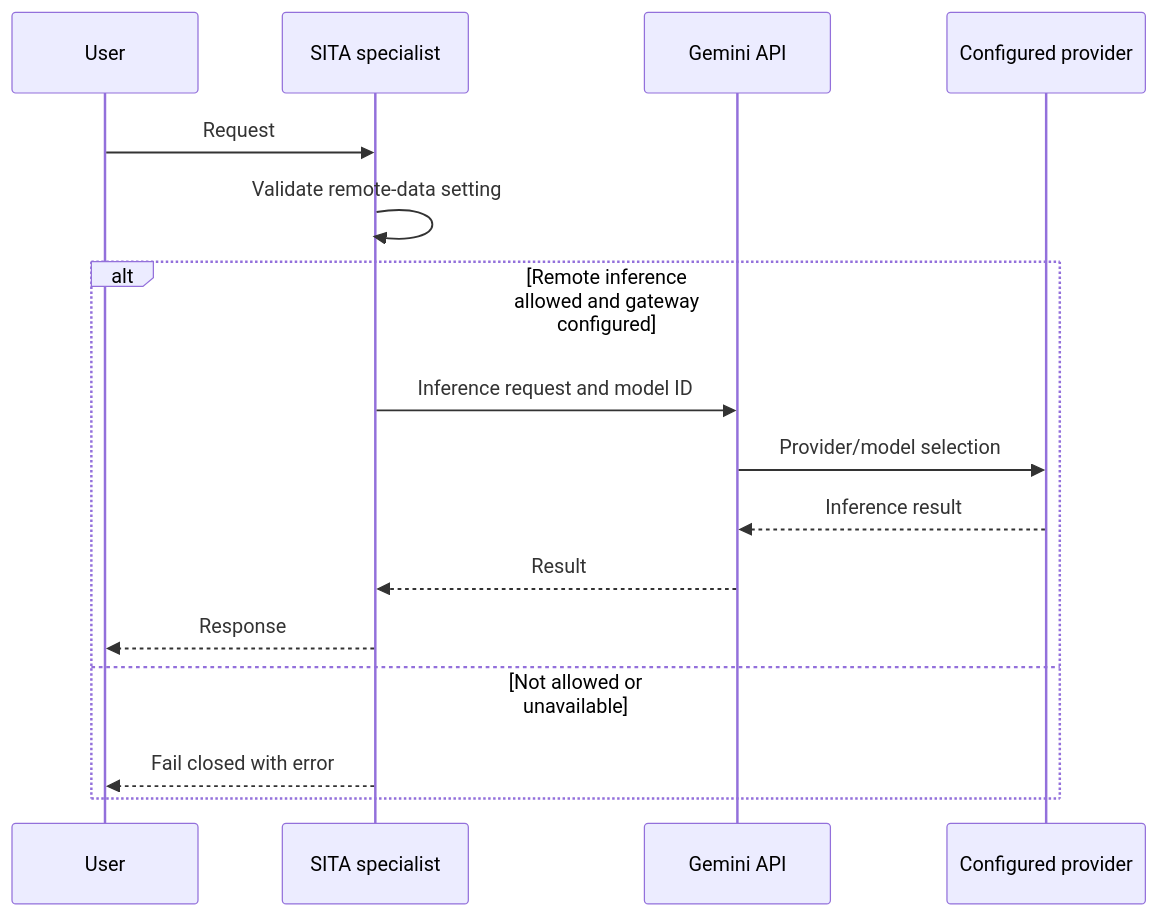
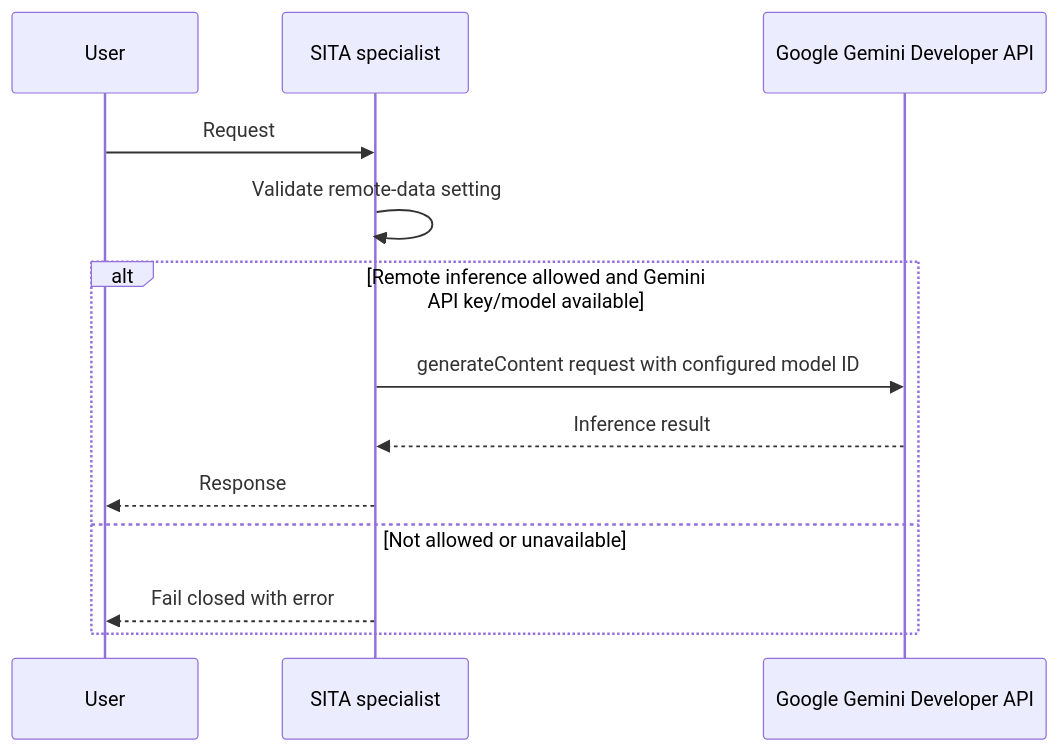
Before and after one commit to deathkernel/SITA: the third of 12 diagrams in README.md, drawn with Mermaid. The commit also changed other lines of this file, not shown here.

Commit message:
Fix README Gemini inference architecture diagrams

````diff
--- a/README.md
+++ b/README.md
@@ -366,18 +366,15 @@
 ```mermaid
 sequenceDiagram
   participant U as User
   participant T as SITA specialist
-  participant O as Gemini API
-  participant P as Configured provider
+  participant G as Google Gemini Developer API
   U->>T: Request
   T->>T: Validate remote-data setting
-  alt Remote inference allowed and gateway configured
-    T->>O: Inference request and model ID
-    O->>P: Provider/model selection
-    P-->>O: Inference result
-    O-->>T: Result
+  alt Remote inference allowed and Gemini API key/model available
+    T->>G: generateContent request with configured model ID
+    G-->>T: Inference result
     T-->>U: Response
   else Not allowed or unavailable
     T-->>U: Fail closed with error
   end
 ```
````
